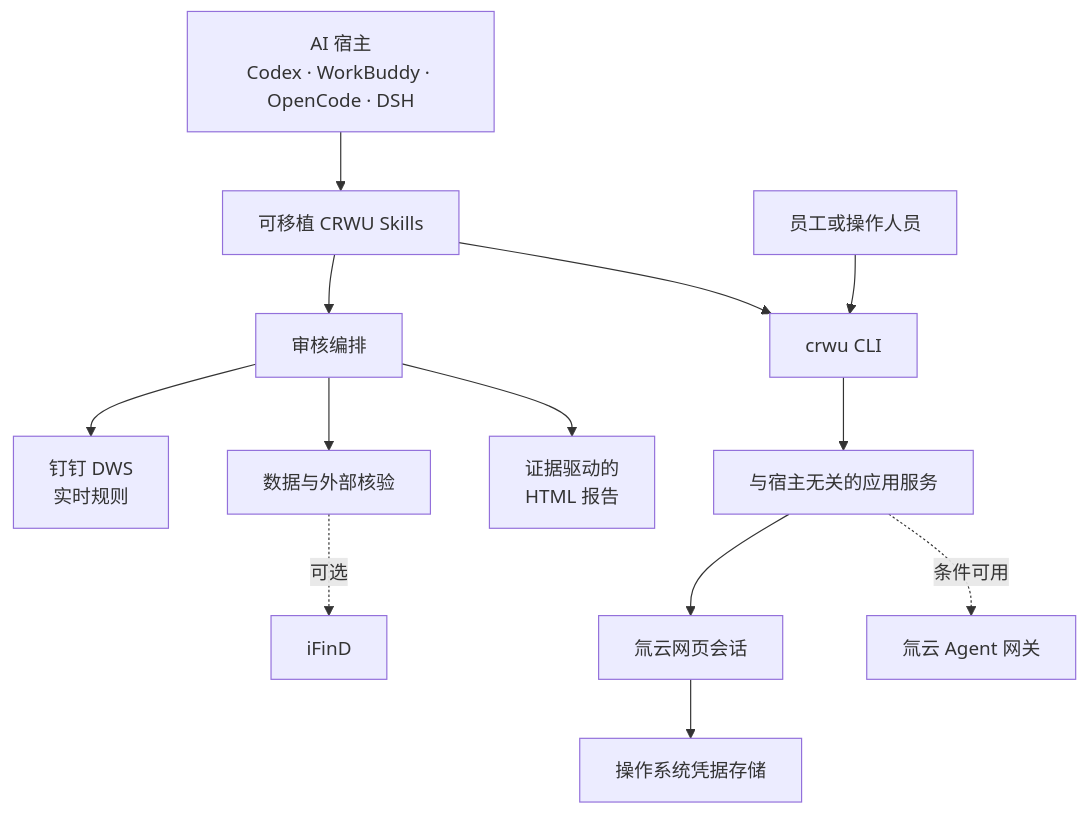
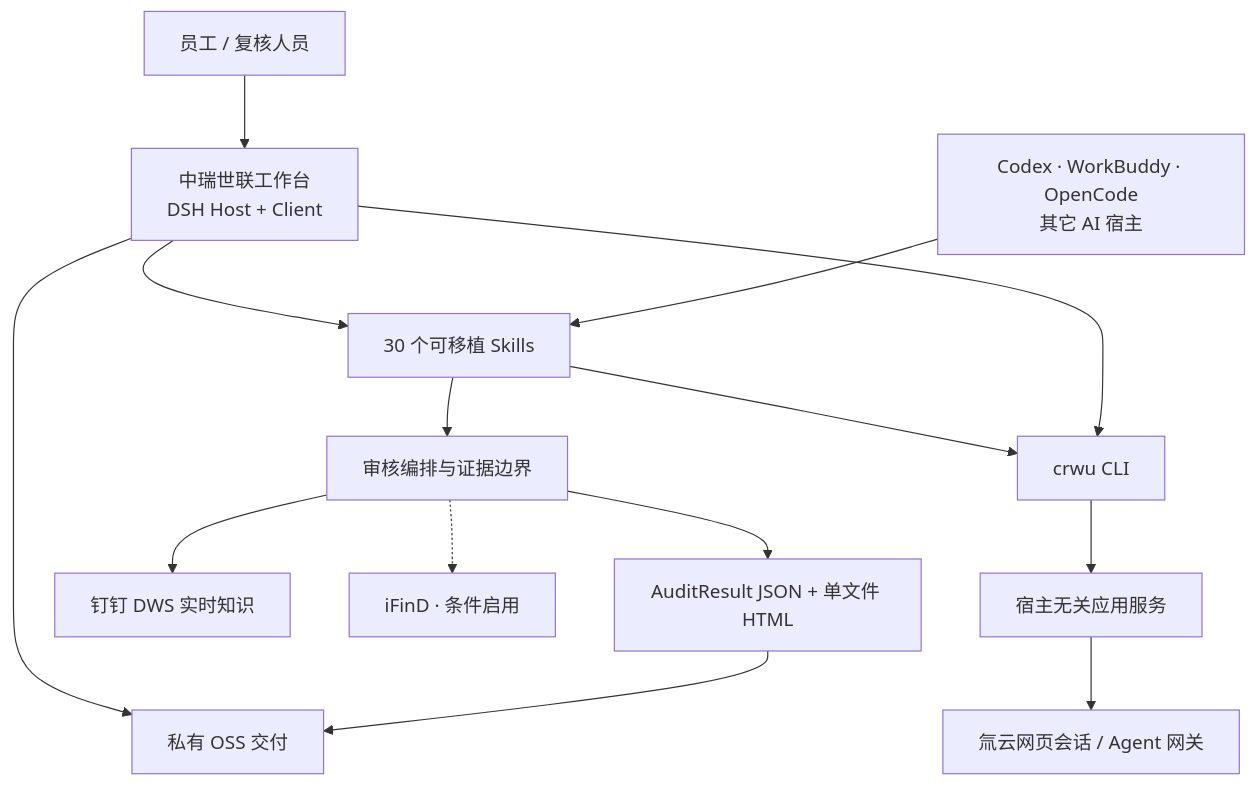
One commit to mmungdong/crwu-ai changed the third of 3 diagrams in README.zh-CN.md. Above: the diagram before and after it, drawn with Mermaid. The commit also changed other lines of this file and 1 other file, not shown here.

````diff
--- a/README.zh-CN.md
+++ b/README.zh-CN.md
@@ -237,20 +256,29 @@
 ```mermaid
 flowchart TB
-    HOSTS[AI 宿主<br/>Codex · WorkBuddy · OpenCode · DSH]
-    USER[员工或操作人员]
+    USER[员工 / 复核人员]
+    DSH[中瑞世联工作台<br/>DSH Host + Client]
+    HOSTS[Codex · WorkBuddy · OpenCode<br/>其它 AI 宿主]
+    SKILLS[30 个可移植 Skills]
+    AUDIT[审核编排与证据边界]
+    CLI[crwu CLI]
+    APP[宿主无关应用服务]
+    H3[氚云网页会话 / Agent 网关]
+    DWS[钉钉 DWS 实时知识]
+    OSS[私有 OSS 交付]
+    IFIND[iFinD · 条件启用]
+    REPORT[AuditResult JSON + 单文件 HTML]
 
-    HOSTS --> SKILLS[可移植 CRWU Skills]
-    USER --> CLI[crwu CLI]
-    SKILLS --> AUDIT[审核编排]
+    USER --> DSH
+    DSH --> SKILLS
+    HOSTS --> SKILLS
+    SKILLS --> AUDIT
     SKILLS --> CLI
-
-    AUDIT --> DWS[钉钉 DWS<br/>实时规则]
-    AUDIT --> CHECKS[数据与外部核验]
-    CHECKS -. 可选 .-> IFIND[iFinD]
-    AUDIT --> REPORT[证据驱动的<br/>HTML 报告]
-
-    CLI --> APP[与宿主无关的应用服务]
-    APP --> H3WEB[氚云网页会话]
-    APP -. 条件可用 .-> H3AGENT[氚云 Agent 网关]
-    H3WEB --> CREDS[操作系统凭据存储]
+    DSH --> CLI
+    DSH --> OSS
+    AUDIT --> DWS
+    AUDIT -.-> IFIND
+    AUDIT --> REPORT
+    CLI --> APP
+    APP --> H3
+    REPORT --> OSS
 ```
````
